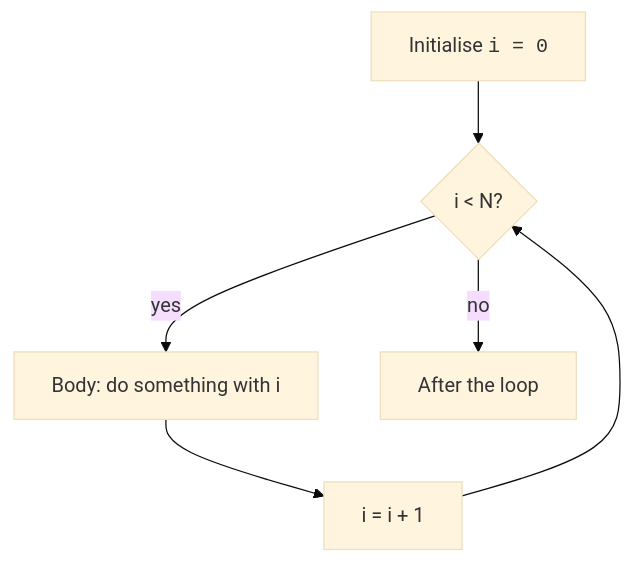
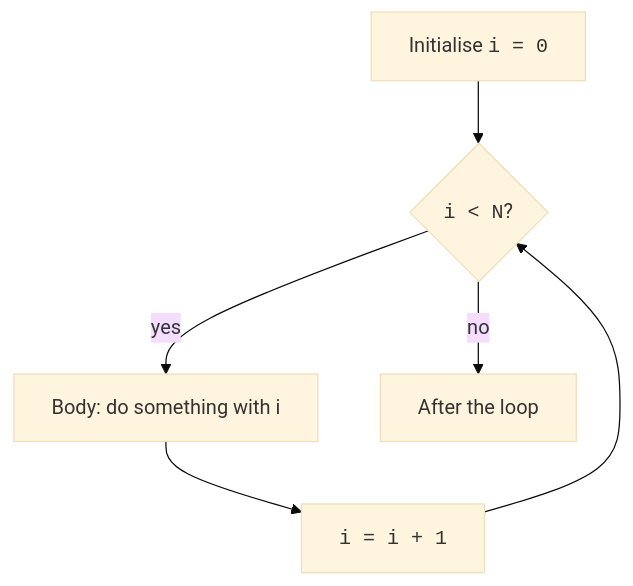
Before and after one commit to dataslope/dataslope: the second of 2 diagrams in content/learn/beginners-javascript/loops-and-iteration.mdx, drawn with Mermaid (base theme). The commit also changed 56 other files, not shown here.

````diff
--- a/content/learn/beginners-javascript/loops-and-iteration.mdx
+++ b/content/learn/beginners-javascript/loops-and-iteration.mdx
@@ -335,10 +335,10 @@
 ```mermaid
 flowchart TD
     A["Initialise <code>i = 0</code>"]
-    B{i < N?}
+    B{"<code>i &lt; N</code>?"}
     C[Body: do something with i]
-    D[i = i + 1]
+    D["<code>i = i + 1</code>"]
     A --> B
     B -- yes --> C --> D --> B
     B -- no --> E[After the loop]
 ```
````
